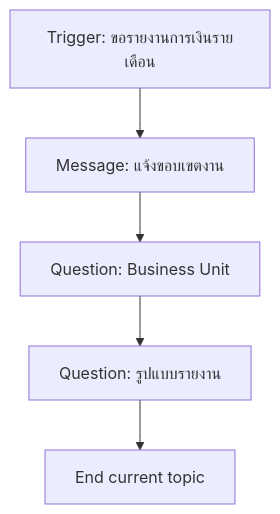
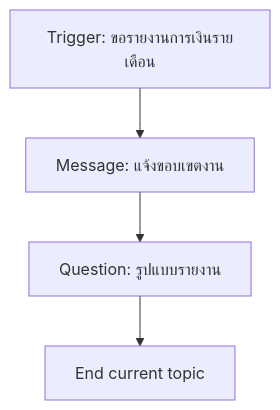
The diagram in exercises/module-3/exercise-2-topic-intake-flow/README.md (teerasej/SET-ai-creation-public), drawn with Mermaid before and after one commit. The commit also changed other lines of this file and 18 other files, not shown here.

````diff
--- a/exercises/module-3/exercise-2-topic-intake-flow/README.md
+++ b/exercises/module-3/exercise-2-topic-intake-flow/README.md
@@ -7,7 +7,6 @@
 ```mermaid
 flowchart TD
     A[Trigger: ขอรายงานการเงินรายเดือน] --> B[Message: แจ้งขอบเขตงาน]
-    B --> C[Question: Business Unit]
-    C --> D[Question: รูปแบบรายงาน]
-   D --> E[End current topic]
+   B --> C[Question: รูปแบบรายงาน]
+   C --> D[End current topic]
 ```
````
